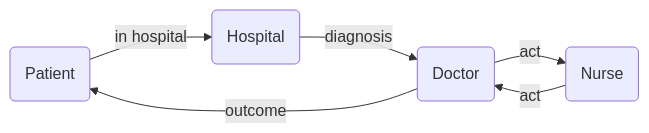
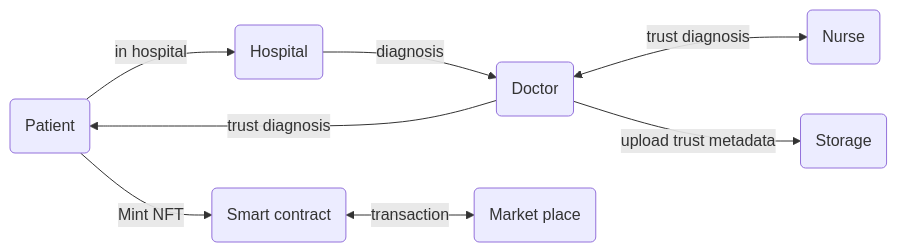
One commit to knight-y-j/mock-medical-phr-app changed the first of 5 diagrams in mock/doc/architecture/trust.index.md. Above: the diagram before and after it, drawn with Mermaid. The commit also changed other lines of this file, not shown here.

Commit message:
upload architecture trust data

````diff
--- a/mock/doc/architecture/trust.index.md
+++ b/mock/doc/architecture/trust.index.md
@@ -13,6 +13,9 @@
 ```mermaid
   flowchart LR
     id1(Patient) -- in hospital --> id2(Hospital)
-    id2(Hospital) -- diagnosis --> id3(Doctor) -- outcome --> id1
-    id3(Doctor) -- act --> id4(Nurse) -- act --> id3
+    id2(Hospital) -- diagnosis --> id3(Doctor) -- trust diagnosis --> id1
+    id3(Doctor) <-- trust diagnosis --> id4(Nurse)
+    id1(Patient) -- Mint NFT --> id5(Smart contract)
+    id3(Doctor) -- upload trust metadata --> id6(Storage)
+    id5(Smart contract) <-- transaction --> id7(Market place)
 ```
````
